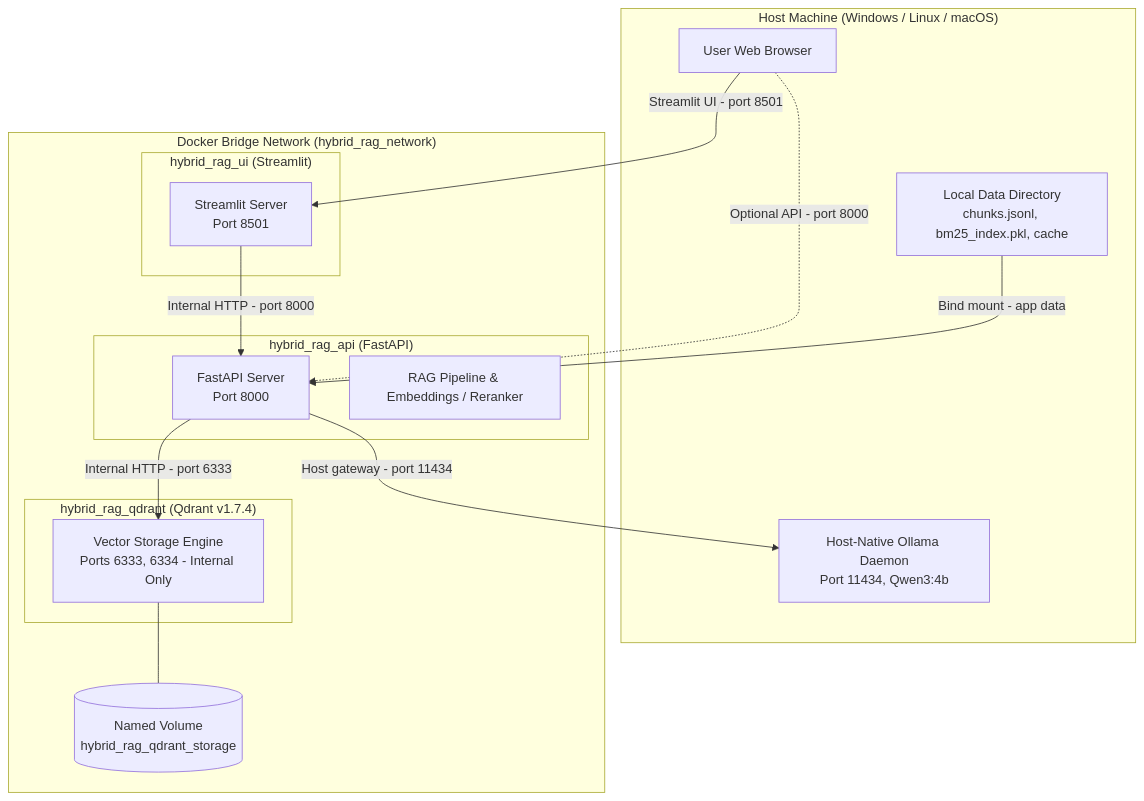
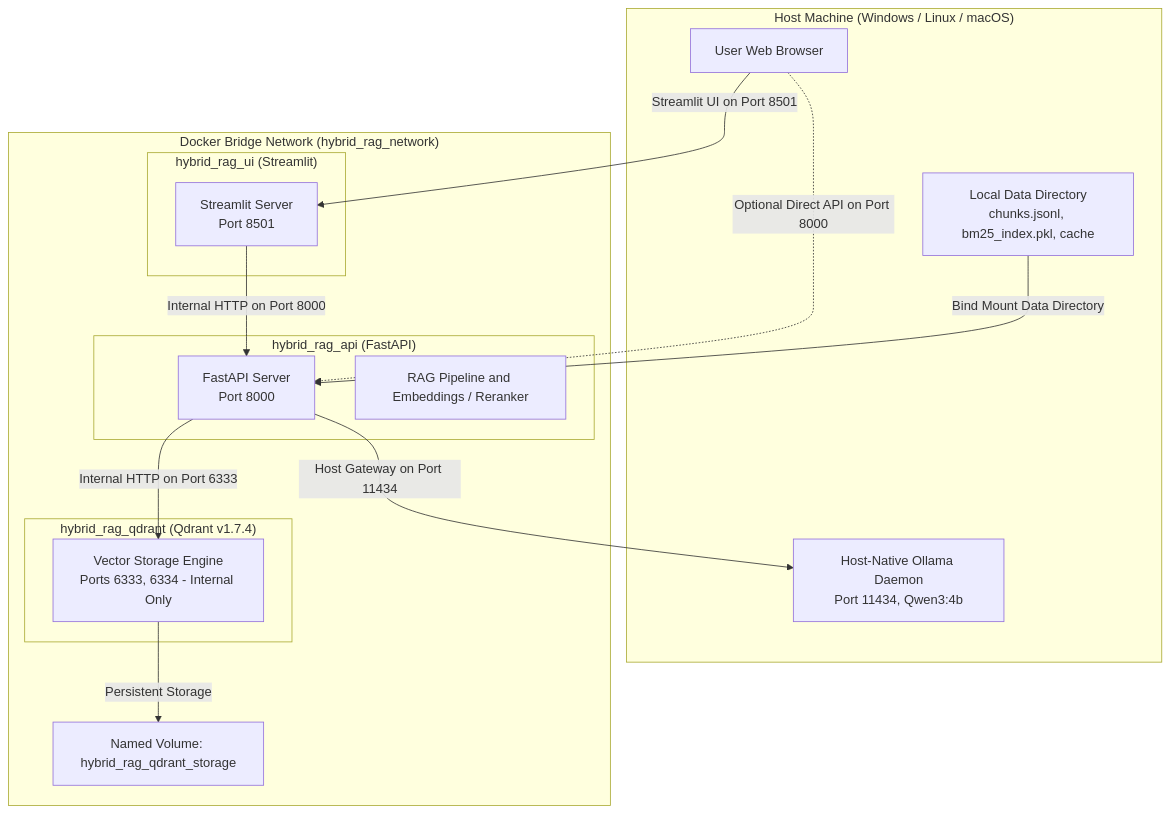
Before and after one commit to sujayghosh13/hybrid-agentic-rag: the second of 2 diagrams in README.md, drawn with Mermaid. The commit also changed 10 other files, not shown here.

````diff
--- a/README.md
+++ b/README.md
@@ -93,35 +93,35 @@
 ```mermaid
 flowchart TB
     subgraph Host ["Host Machine (Windows / Linux / macOS)"]
         Browser["User Web Browser"]
         OllamaDaemon["Host-Native Ollama Daemon<br/>Port 11434, Qwen3:4b"]
         HostData["Local Data Directory<br/>chunks.jsonl, bm25_index.pkl, cache"]
     end
 
     subgraph DockerNetwork ["Docker Bridge Network (hybrid_rag_network)"]
         subgraph StreamlitContainer ["hybrid_rag_ui (Streamlit)"]
             StreamlitApp["Streamlit Server<br/>Port 8501"]
         end
 
         subgraph FastAPIContainer ["hybrid_rag_api (FastAPI)"]
             FastAPIApp["FastAPI Server<br/>Port 8000"]
-            RAGCore["RAG Pipeline & Embeddings / Reranker"]
+            RAGCore["RAG Pipeline and Embeddings / Reranker"]
         end
 
         subgraph QdrantContainer ["hybrid_rag_qdrant (Qdrant v1.7.4)"]
             QdrantEngine["Vector Storage Engine<br/>Ports 6333, 6334 - Internal Only"]
         end
 
-        QdrantVol[("Named Volume<br/>hybrid_rag_qdrant_storage")]
+        QdrantVol["Named Volume: hybrid_rag_qdrant_storage"]
     end
 
-    Browser -->|Streamlit UI - port 8501| StreamlitApp
-    Browser -.->|Optional API - port 8000| FastAPIApp
+    Browser -->|Streamlit UI on Port 8501| StreamlitApp
+    Browser -. Optional Direct API on Port 8000 .-> FastAPIApp
 
-    StreamlitApp -->|Internal HTTP - port 8000| FastAPIApp
-    FastAPIApp -->|Internal HTTP - port 6333| QdrantEngine
-    QdrantEngine --- QdrantVol
-    HostData -->|Bind mount - app data| FastAPIApp
+    StreamlitApp -->|Internal HTTP on Port 8000| FastAPIApp
+    FastAPIApp -->|Internal HTTP on Port 6333| QdrantEngine
+    QdrantEngine -->|Persistent Storage| QdrantVol
+    HostData -->|Bind Mount Data Directory| FastAPIApp
 
-    FastAPIApp -->|Host gateway - port 11434| OllamaDaemon
+    FastAPIApp -->|Host Gateway on Port 11434| OllamaDaemon
 ```
````
